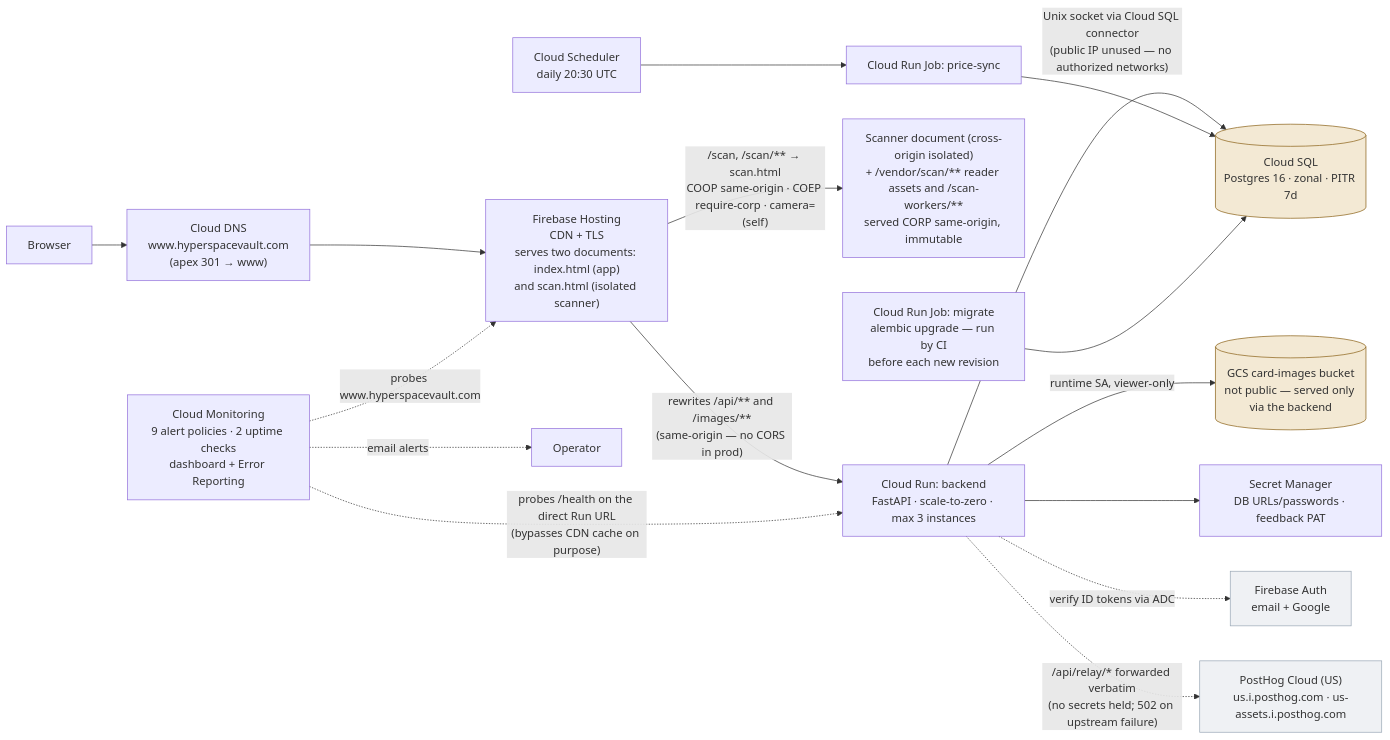
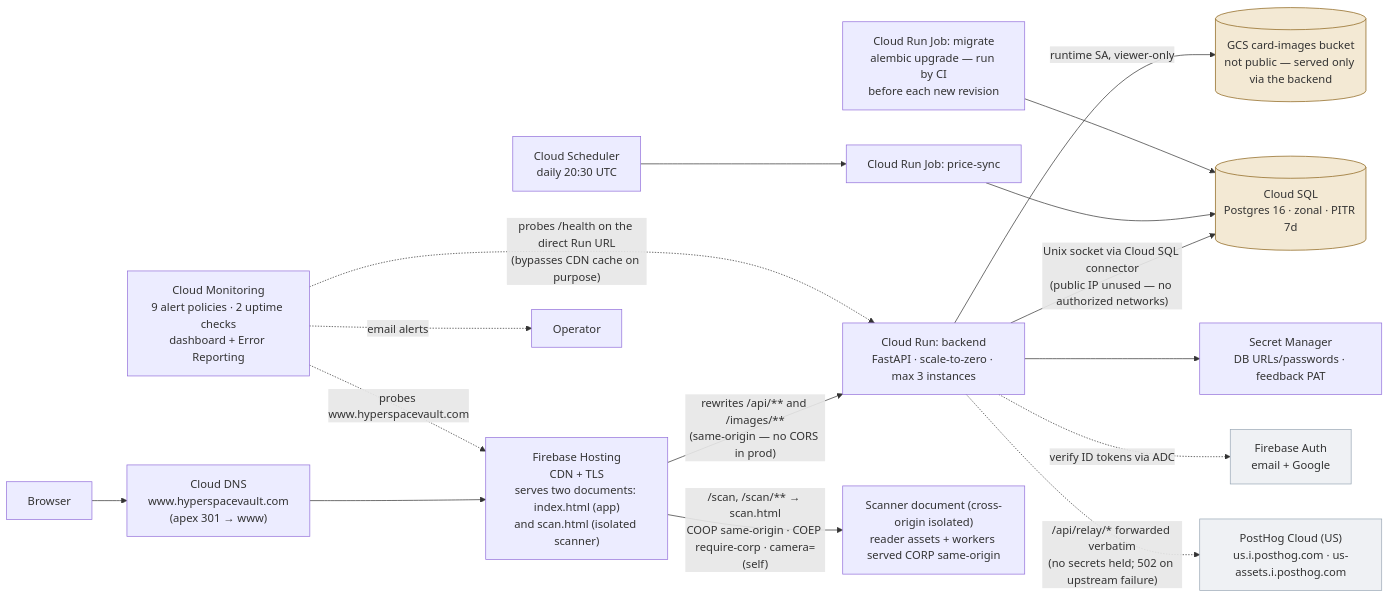
The first of 2 diagrams in specification_documents/architecture/Architecture_Physical.md (whitebreadisu/hyperspacevault), drawn with Mermaid before and after one commit. The commit also changed other lines of this file and 7 other files, not shown here.

First line of the commit message:
docs: BL-271 architecture PDFs regenerated 2026-10-18 (replace the 2026-08-16 set); diagram legibility fixes

````diff
--- a/specification_documents/architecture/Architecture_Physical.md
+++ b/specification_documents/architecture/Architecture_Physical.md
@@ -13,26 +13,26 @@
 ```mermaid
 flowchart LR
   user["Browser"] --> dns["Cloud DNS<br/>www.hyperspacevault.com<br/>(apex 301 → www)"]
   dns --> hosting["Firebase Hosting<br/>CDN + TLS<br/>serves two documents: index.html (app)<br/>and scan.html (isolated scanner)"]
   hosting -->|"rewrites /api/** and /images/**<br/>(same-origin — no CORS in prod)"| run["Cloud Run: backend<br/>FastAPI · scale-to-zero · max 3 instances"]
-  hosting -->|"/scan, /scan/** → scan.html<br/>COOP same-origin · COEP require-corp · camera=(self)"| scandoc["Scanner document (cross-origin isolated)<br/>+ /vendor/scan/** reader assets and /scan-workers/**<br/>served CORP same-origin, immutable"]
-
   run -->|"Unix socket via Cloud SQL connector<br/>(public IP unused — no authorized networks)"| sql[("Cloud SQL<br/>Postgres 16 · zonal · PITR 7d")]
   run -->|"runtime SA, viewer-only"| gcs[("GCS card-images bucket<br/>not public — served only via the backend")]
   run --> sm["Secret Manager<br/>DB URLs/passwords · feedback PAT"]
   run -.->|"verify ID tokens via ADC"| fauth["Firebase Auth<br/>email + Google"]
   run -.->|"/api/relay/* forwarded verbatim<br/>(no secrets held; 502 on upstream failure)"| posthog["PostHog Cloud (US)<br/>us.i.posthog.com · us-assets.i.posthog.com"]
 
   sched["Cloud Scheduler<br/>daily 20:30 UTC"] --> psync["Cloud Run Job: price-sync"]
   psync --> sql
   migrate["Cloud Run Job: migrate<br/>alembic upgrade — run by CI<br/>before each new revision"] --> sql
 
   mon["Cloud Monitoring<br/>9 alert policies · 2 uptime checks<br/>dashboard + Error Reporting"] -.->|"email alerts"| owner["Operator"]
   mon -.->|"probes /health on the direct Run URL<br/>(bypasses CDN cache on purpose)"| run
   mon -.->|"probes www.hyperspacevault.com"| hosting
 
+  hosting -->|"/scan, /scan/** → scan.html<br/>COOP same-origin · COEP require-corp · camera=(self)"| scandoc["Scanner document (cross-origin isolated)<br/>reader assets + workers served CORP same-origin"]
+
   classDef store fill:#F3E9D4,stroke:#8A6116;
   class sql,gcs store;
   classDef ext fill:#EFF1F4,stroke:#9AA8B6;
   class fauth,posthog ext;
 ```
````
